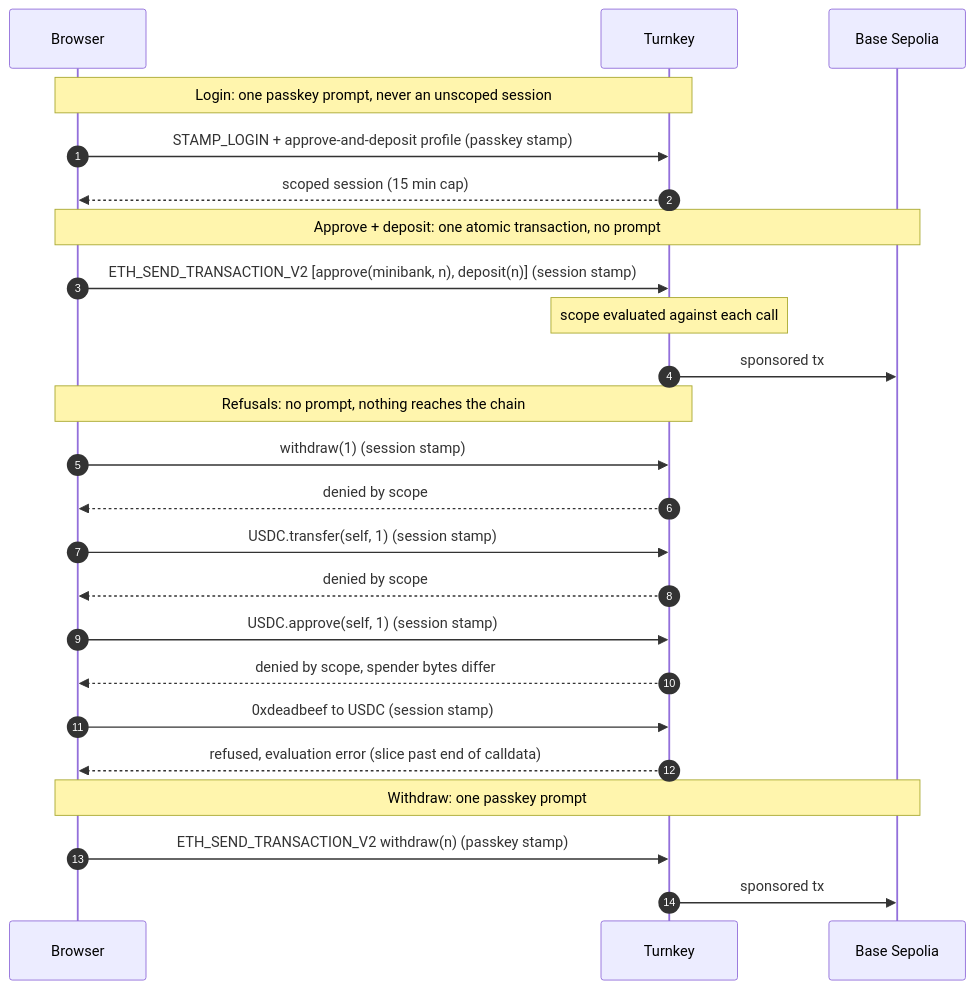
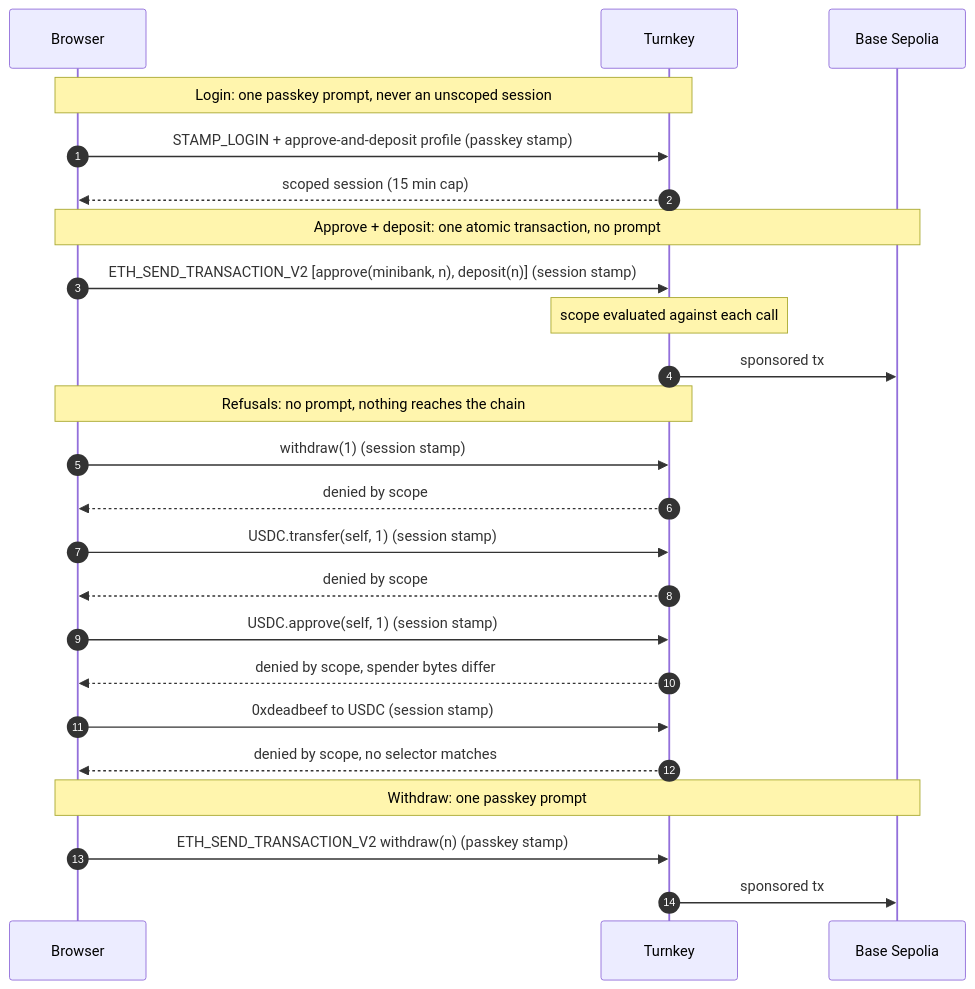
One commit to tkhq/sdk changed the diagram in examples/access-control/with-scoped-deposit-session/README.md. Above: the diagram before and after it, drawn with Mermaid. The commit also changed other lines of this file and 3 other files, not shown here.

````diff
--- a/examples/access-control/with-scoped-deposit-session/README.md
+++ b/examples/access-control/with-scoped-deposit-session/README.md
@@ -124,30 +116,30 @@
 ```mermaid
 sequenceDiagram
     autonumber
     participant B as Browser
     participant T as Turnkey
     participant C as Base Sepolia
 
     Note over B,T: Login: one passkey prompt, never an unscoped session
     B->>T: STAMP_LOGIN + approve-and-deposit profile (passkey stamp)
     T-->>B: scoped session (15 min cap)
 
     Note over B,C: Approve + deposit: one atomic transaction, no prompt
     B->>T: ETH_SEND_TRANSACTION_V2 [approve(minibank, n), deposit(n)] (session stamp)
     Note over T: scope evaluated against each call
     T->>C: sponsored tx
 
     Note over B,T: Refusals: no prompt, nothing reaches the chain
     B->>T: withdraw(1) (session stamp)
     T-->>B: denied by scope
     B->>T: USDC.transfer(self, 1) (session stamp)
     T-->>B: denied by scope
     B->>T: USDC.approve(self, 1) (session stamp)
     T-->>B: denied by scope, spender bytes differ
     B->>T: 0xdeadbeef to USDC (session stamp)
-    T-->>B: refused, evaluation error (slice past end of calldata)
+    T-->>B: denied by scope, no selector matches
 
     Note over B,C: Withdraw: one passkey prompt
     B->>T: ETH_SEND_TRANSACTION_V2 withdraw(n) (passkey stamp)
     T->>C: sponsored tx
 ```
````
